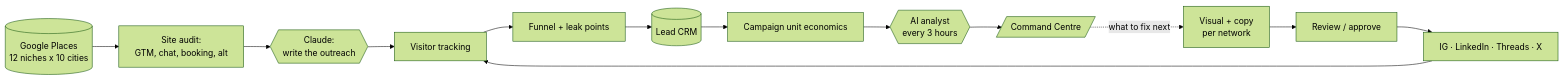
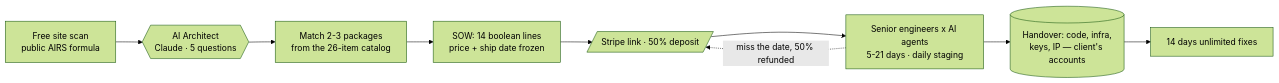
The diagram in README.md (DeriaL/DeriaL), drawn with Mermaid (forest theme) before and after one commit. The commit also changed other lines of this file, not shown here.

````diff
--- a/README.md
+++ b/README.md
@@ -103,17 +129,11 @@
 ```mermaid
 flowchart LR
-    PLACES[("Google Places<br/>12 niches x 10 cities")] --> AUDIT["Site audit:<br/>GTM, chat, booking, alt"]
-    AUDIT --> MAIL{{"Claude:<br/>write the outreach"}}
-
-    BRIEF["Visual + copy<br/>per network"] --> APPROVE["Review / approve"]
-    APPROVE --> PUB["IG · LinkedIn · Threads · X"]
-
-    MAIL --> TRACK["Visitor tracking"]
-    PUB --> TRACK
-    TRACK --> FUNNEL["Funnel + leak points"]
-    FUNNEL --> CRM[("Lead CRM")]
-    CRM --> ECON["Campaign unit economics"]
-    ECON --> ANALYST{{"AI analyst<br/>every 3 hours"}}
-    ANALYST --> CC[/"Command Centre"/]
-    CC -. "what to fix next" .-> BRIEF
+    SCAN["Free site scan<br/>public AIRS formula"] --> ARCH{{"AI Architect<br/>Claude · 5 questions"}}
+    ARCH --> MATCH["Match 2-3 packages<br/>from the 26-item catalog"]
+    MATCH --> SOW["SOW: 14 boolean lines<br/>price + ship date frozen"]
+    SOW --> PAY[/"Stripe link · 50% deposit"/]
+    PAY --> BUILD["Senior engineers x AI agents<br/>5-21 days · daily staging"]
+    BUILD --> HAND[("Handover: code, infra,<br/>keys, IP — client's accounts")]
+    HAND --> CARE["14 days unlimited fixes"]
+    BUILD -. "miss the date, 50% refunded" .-> PAY
 ```
````
